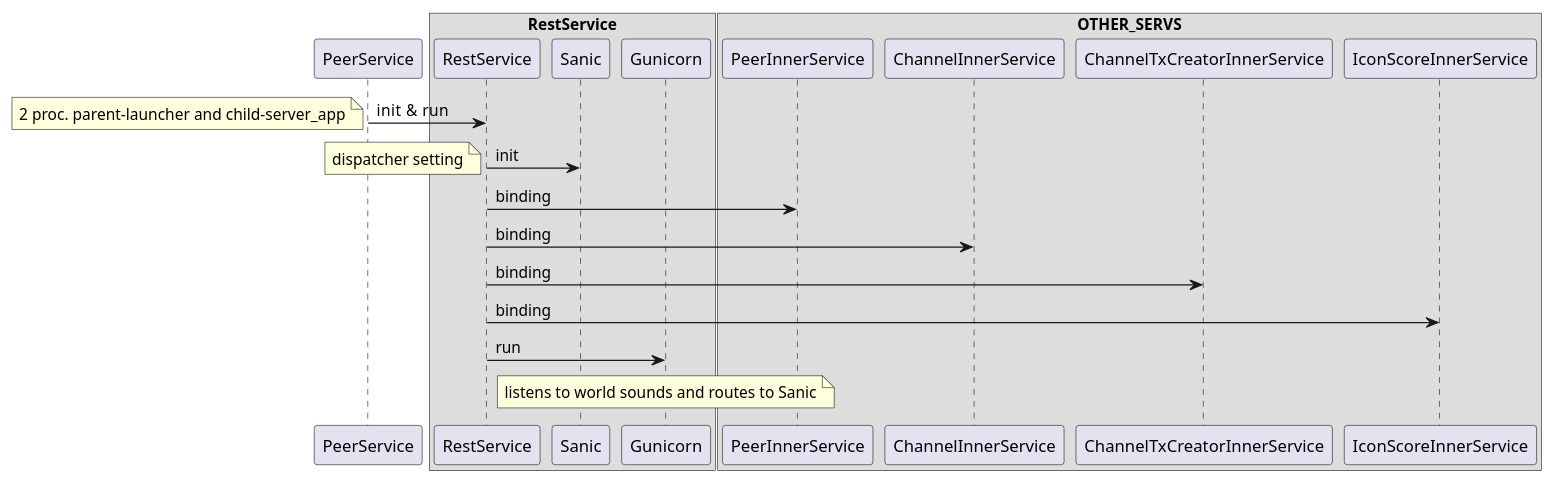
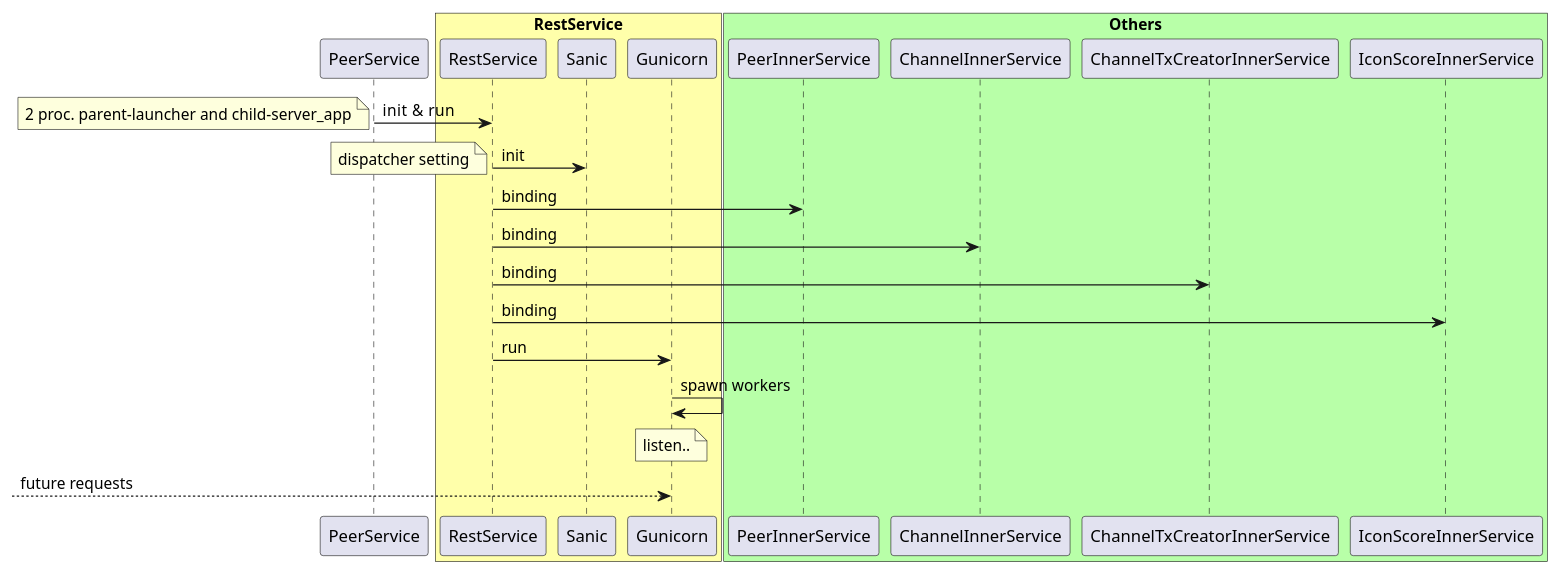
Before and after one commit to metalg0su/studies: the diagram in diagrams/processes/rest/rest-summary.puml, drawn with PlantUML. The commit also changed other lines of this file, not shown here.

```diff
--- a/diagrams/processes/rest/rest-summary.puml
+++ b/diagrams/processes/rest/rest-summary.puml
@@ -32,33 +1,34 @@
 @startuml
 participant PeerService
 participant RestService
 
 
-box "RestService"
+box "RestService" #ffffaa
     participant RestService
     participant Sanic 
     participant Gunicorn
 end box
 
-box "OTHER_SERVS"
+box "Others" #b8ffa8
     participant PeerInnerService
     participant ChannelInnerService
     participant ChannelTxCreatorInnerService
     participant IconScoreInnerService
 end box
 
 ' -----------------------------
 PeerService -> RestService: init &  run
 note left: 2 proc. parent-launcher and child-server_app
 RestService -> Sanic: init
 note left: dispatcher setting
 
 RestService -> PeerInnerService: binding 
 RestService -> ChannelInnerService: binding
 RestService -> ChannelTxCreatorInnerService: binding
 RestService -> IconScoreInnerService: binding
 
 RestService -> Gunicorn: run
-note over Gunicorn: listens to world sounds and routes to Sanic
-
+Gunicorn -> Gunicorn: spawn workers
+note over Gunicorn: listen..
+[--> Gunicorn: future requests
 @enduml
```
